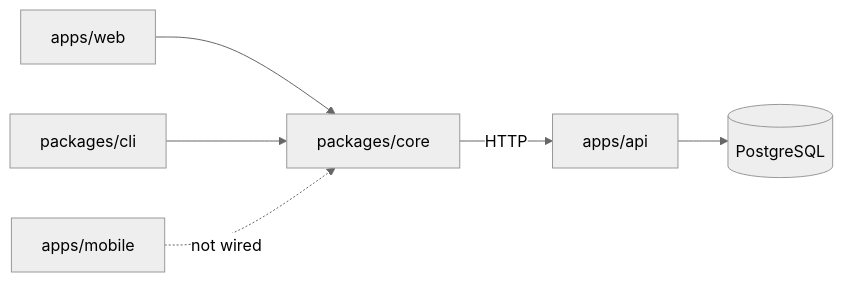
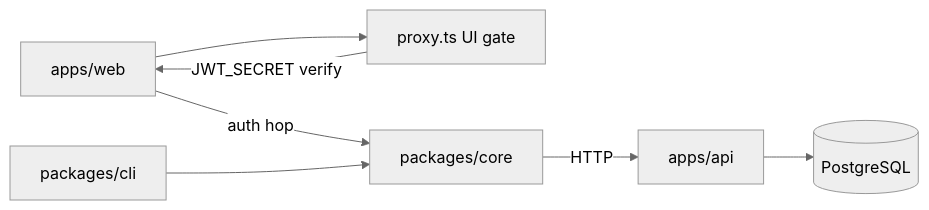
The diagram in _first/basilic/ARCHITECTURE.md (blockmatic/basilic), drawn with Mermaid (neutral theme) before and after one commit. The commit also changed other lines of this file and 77 other files, not shown here.

````diff
--- a/_first/basilic/ARCHITECTURE.md
+++ b/_first/basilic/ARCHITECTURE.md
@@ -29,14 +33,15 @@
 ```mermaid
 flowchart LR
   web[apps/web]
-  mobile[apps/mobile]
+  proxy[proxy.ts UI gate]
   cli[packages/cli]
   core[packages/core]
   api[apps/api]
   db[(PostgreSQL)]
-  web --> core
+  web --> proxy
+  proxy -->|"JWT_SECRET verify"| web
+  web -->|"auth hop"| core
   cli --> core
   core -->|"HTTP"| api
   api --> db
-  mobile -.->|"not wired"| core
 ```
````
